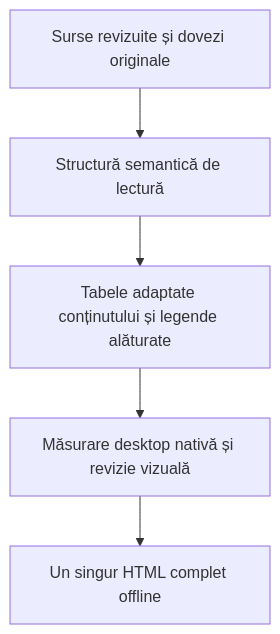
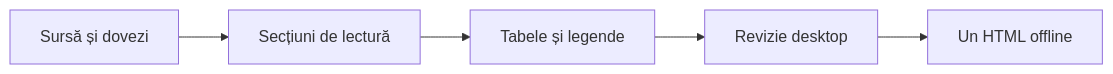
One commit to crististefanita/ATF_AI changed the diagram in atf-atlas/Report_Contract.md. Above: the diagram before and after it, drawn with Mermaid. The commit also changed other lines of this file and 111 other files, not shown here.

````diff
--- a/atf-atlas/Report_Contract.md
+++ b/atf-atlas/Report_Contract.md
@@ -16,7 +16,7 @@
 ```mermaid
-flowchart TB
-    Source["Surse revizuite și dovezi originale"] --> Structure["Structură semantică de lectură"]
-    Structure --> Layout["Tabele adaptate conținutului și legende alăturate"]
-    Layout --> Measure["Măsurare desktop nativă și revizie vizuală"]
-    Measure --> Reader["Un singur HTML complet offline"]
+flowchart LR
+    Source["Sursă și dovezi"] --> Structure["Secțiuni de lectură"]
+    Structure --> Layout["Tabele și legende"]
+    Layout --> Measure["Revizie desktop"]
+    Measure --> Reader["Un HTML offline"]
 ```
````
